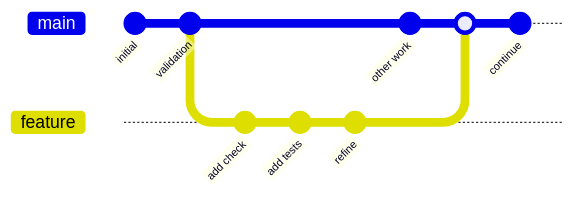
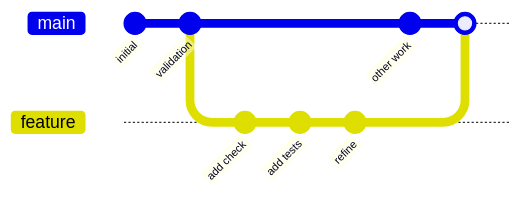
One commit to OxfordRSE/softeng-ai-daycourse changed the fourth of 4 diagrams in pages/05-version-control.md. Above: the diagram before and after it, drawn with Mermaid. The commit also changed other lines of this file and 5 other files, not shown here.

````diff
--- a/pages/05-version-control.md
+++ b/pages/05-version-control.md
@@ -228,14 +257,13 @@
 ```mermaid
 gitGraph
     commit id: "initial"
     commit id: "validation"
     branch feature
     checkout feature
     commit id: "add check"
     commit id: "add tests"
     commit id: "refine"
     checkout main
     commit id: "other work"
     merge feature
-    commit id: "continue"
 ```
````
